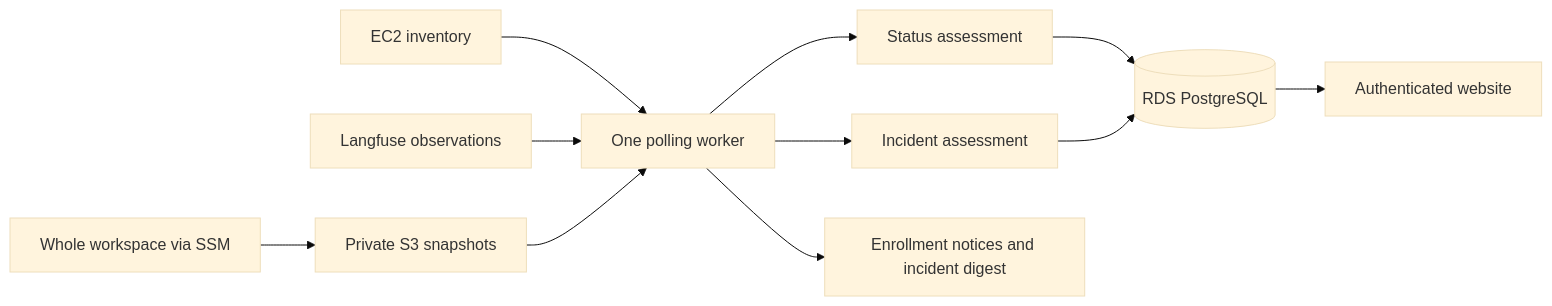
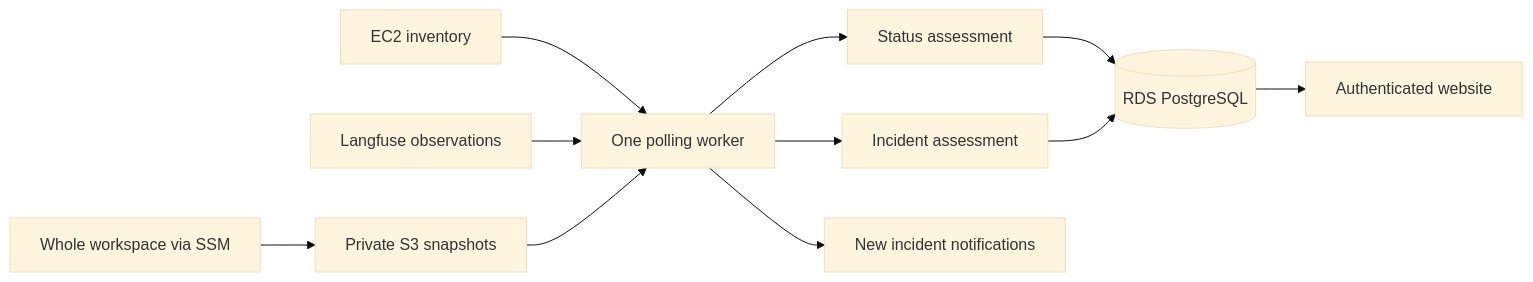
One commit to sage-princeton/crux-in-a-box changed the diagram in src/monitoring/README.md. Above: the diagram before and after it, drawn with Mermaid (base theme). The commit also changed other lines of this file and 9 other files, not shown here.

````diff
--- a/src/monitoring/README.md
+++ b/src/monitoring/README.md
@@ -23,13 +23,13 @@
 ```mermaid
 flowchart LR
   EC2[EC2 inventory] --> Worker[One polling worker]
   Workspace[Whole workspace via SSM] --> S3[Private S3 snapshots]
   Langfuse[Langfuse observations] --> Worker
   S3 --> Worker
   Worker --> Status[Status assessment]
   Worker --> Incidents[Incident assessment]
   Status --> SQL[(RDS PostgreSQL)]
   Incidents --> SQL
   SQL --> Web[Authenticated website]
-  Worker --> Slack[Enrollment notices and incident digest]
+  Worker --> Slack[New incident notifications]
 ```
````
